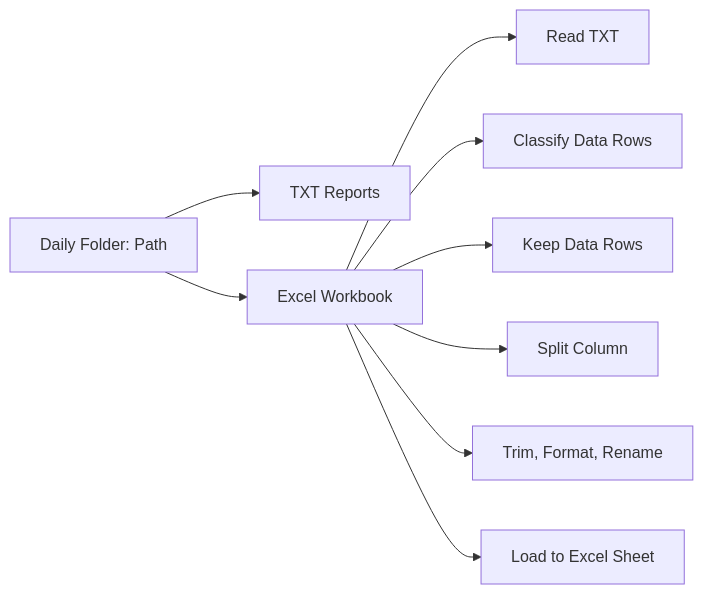
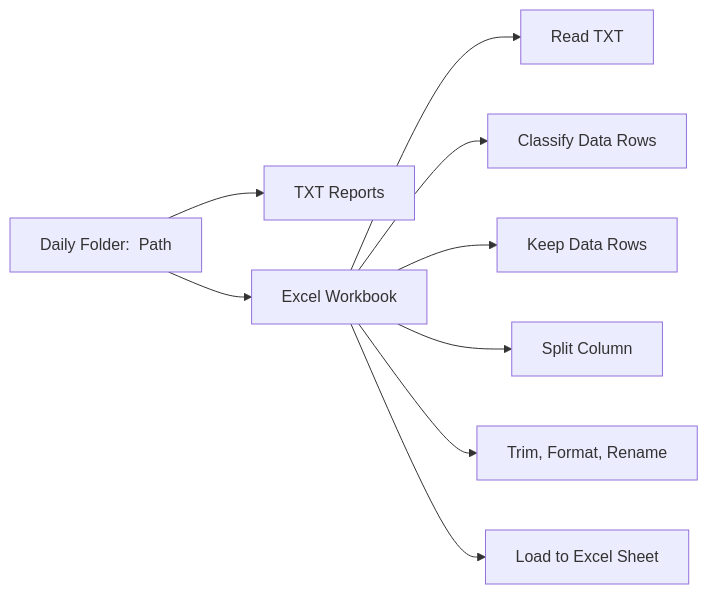
The diagram in README.md (Eddie-Zhu-IRL/banking-report-etl-powerquery), drawn with Mermaid before and after one commit.

````diff
--- a/README.md
+++ b/README.md
@@ -60,11 +60,11 @@
 ```mermaid
 graph LR;
-A[Daily Folder: Path] --> B[TXT Reports];
-A[Daily Folder: Path] --> C[Excel Workbook];
+A[Daily Folder:&nbsp; Path] --> B[TXT Reports];
+A[Daily Folder:&nbsp; Path] --> C[Excel Workbook];
 C[Excel Workbook] --> D[Read TXT];
 C[Excel Workbook] --> E[Classify Data Rows];
 C[Excel Workbook] --> F[Keep Data Rows];
 C[Excel Workbook] --> G[Split Column];
 C[Excel Workbook] --> H[Trim, Format, Rename];
 C[Excel Workbook] --> I[Load to Excel Sheet]
 ```
````
